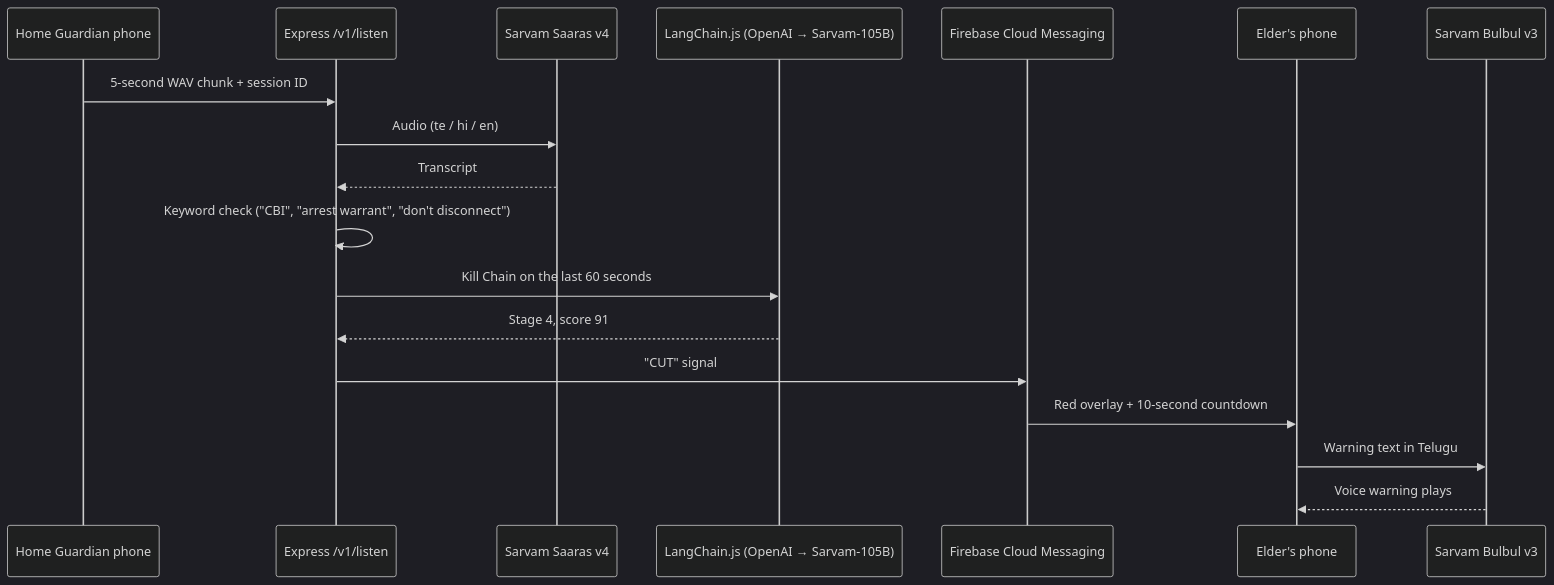
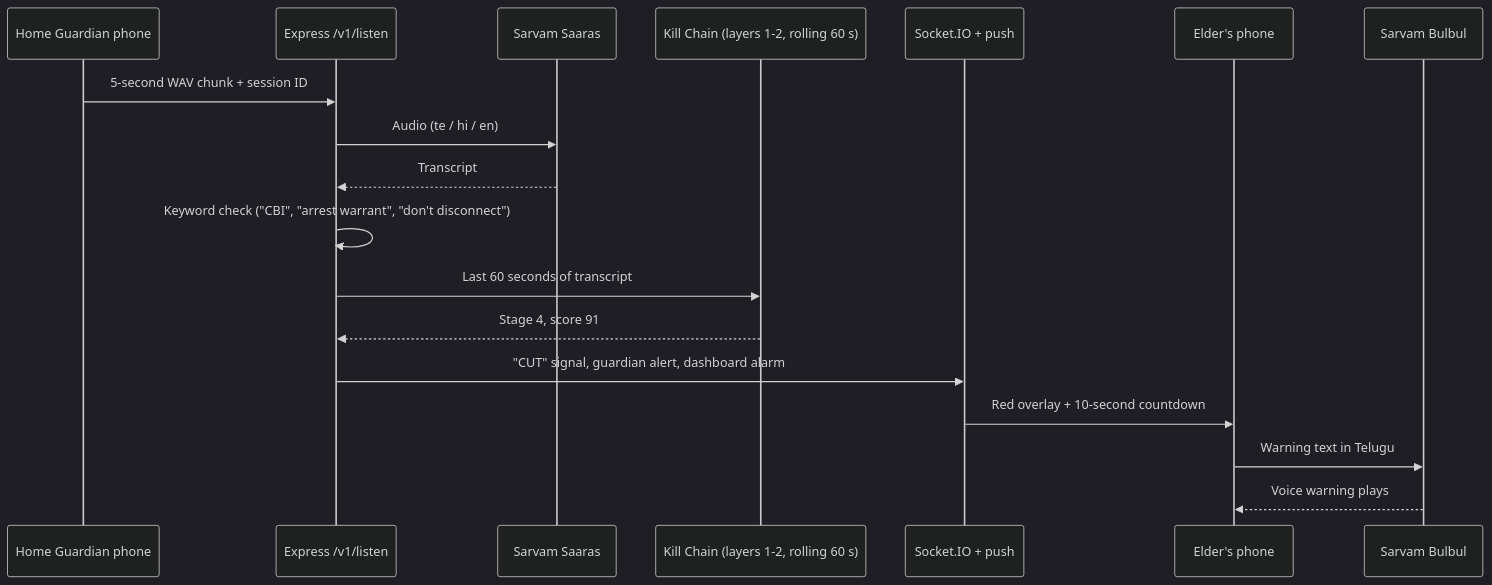
One commit to MR-SAIRAM-7/Satark changed the second of 4 diagrams in README.md. Above: the diagram before and after it, drawn with Mermaid (dark theme). The commit also changed other lines of this file and 7 other files, not shown here.

````diff
--- a/README.md
+++ b/README.md
@@ -329,21 +328,21 @@
 ```mermaid
 sequenceDiagram
     participant HG as Home Guardian phone
     participant API as Express /v1/listen
-    participant STT as Sarvam Saaras v4
-    participant LLM as LangChain.js (OpenAI → Sarvam-105B)
-    participant FCM as Firebase Cloud Messaging
+    participant STT as Sarvam Saaras
+    participant KC as Kill Chain (layers 1-2, rolling 60 s)
+    participant RT as Socket.IO + push
     participant E as Elder's phone
-    participant TTS as Sarvam Bulbul v3
+    participant TTS as Sarvam Bulbul
 
     HG->>API: 5-second WAV chunk + session ID
     API->>STT: Audio (te / hi / en)
     STT-->>API: Transcript
     API->>API: Keyword check ("CBI", "arrest warrant", "don't disconnect")
-    API->>LLM: Kill Chain on the last 60 seconds
-    LLM-->>API: Stage 4, score 91
-    API->>FCM: "CUT" signal
-    FCM->>E: Red overlay + 10-second countdown
+    API->>KC: Last 60 seconds of transcript
+    KC-->>API: Stage 4, score 91
+    API->>RT: "CUT" signal, guardian alert, dashboard alarm
+    RT->>E: Red overlay + 10-second countdown
     E->>TTS: Warning text in Telugu
     TTS-->>E: Voice warning plays
 ```
````
